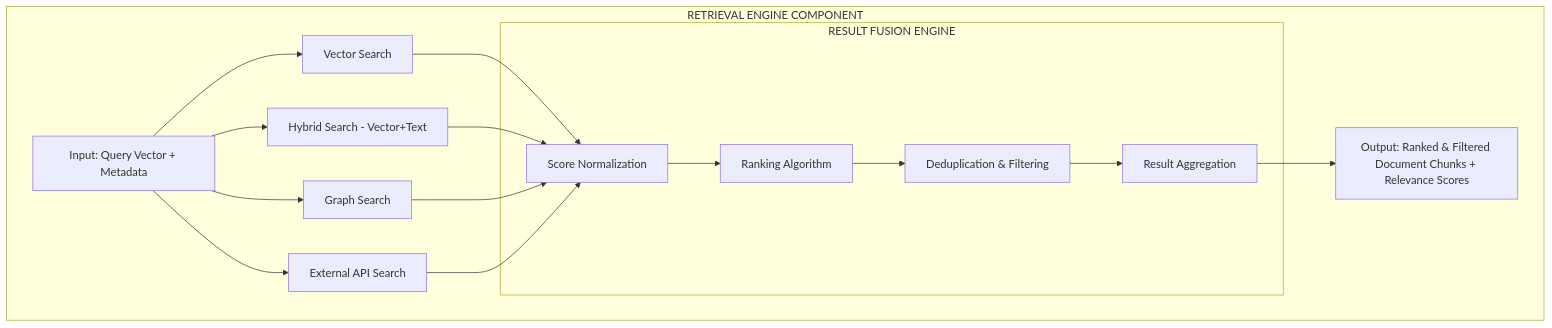
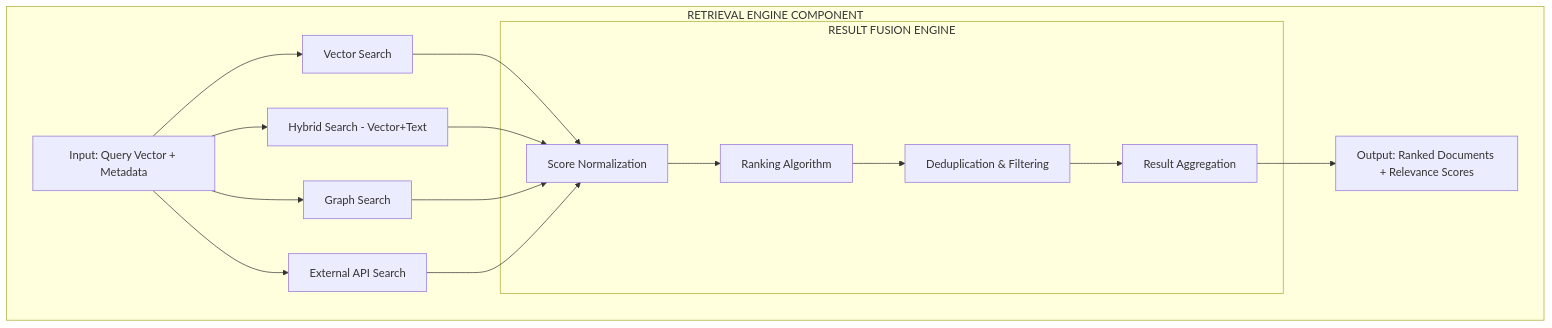
One commit to satinath-nit/llm-rag-cookbook changed the fourth of 21 diagrams in rag_solution_architecture_document (1).md. Above: the diagram before and after it, drawn with Mermaid. The commit also changed other lines of this file, not shown here.

````diff
--- a/rag_solution_architecture_document (1).md
+++ b/rag_solution_architecture_document (1).md
@@ -234,36 +234,36 @@
 ```mermaid
 graph TB
     subgraph "RETRIEVAL ENGINE COMPONENT"
         Input[Input: Query Vector + Metadata]
         
         VectorSearch[Vector Search]
         HybridSearch[Hybrid Search - Vector+Text]
         GraphSearch[Graph Search]
         ExternalAPI[External API Search]
         
         subgraph "RESULT FUSION ENGINE"
             ScoreNorm[Score Normalization]
             RankingAlg[Ranking Algorithm]
             Dedup[Deduplication & Filtering]
             ResultAgg[Result Aggregation]
             
             ScoreNorm --> RankingAlg
             RankingAlg --> Dedup
             Dedup --> ResultAgg
         end
         
-        Output[Output: Ranked & Filtered Document Chunks + Relevance Scores]
+        Output[Output: Ranked Documents + Relevance Scores]
         
         Input --> VectorSearch
         Input --> HybridSearch
         Input --> GraphSearch
         Input --> ExternalAPI
         
         VectorSearch --> ScoreNorm
         HybridSearch --> ScoreNorm
         GraphSearch --> ScoreNorm
         ExternalAPI --> ScoreNorm
         
         ResultAgg --> Output
     end
 ```
````
